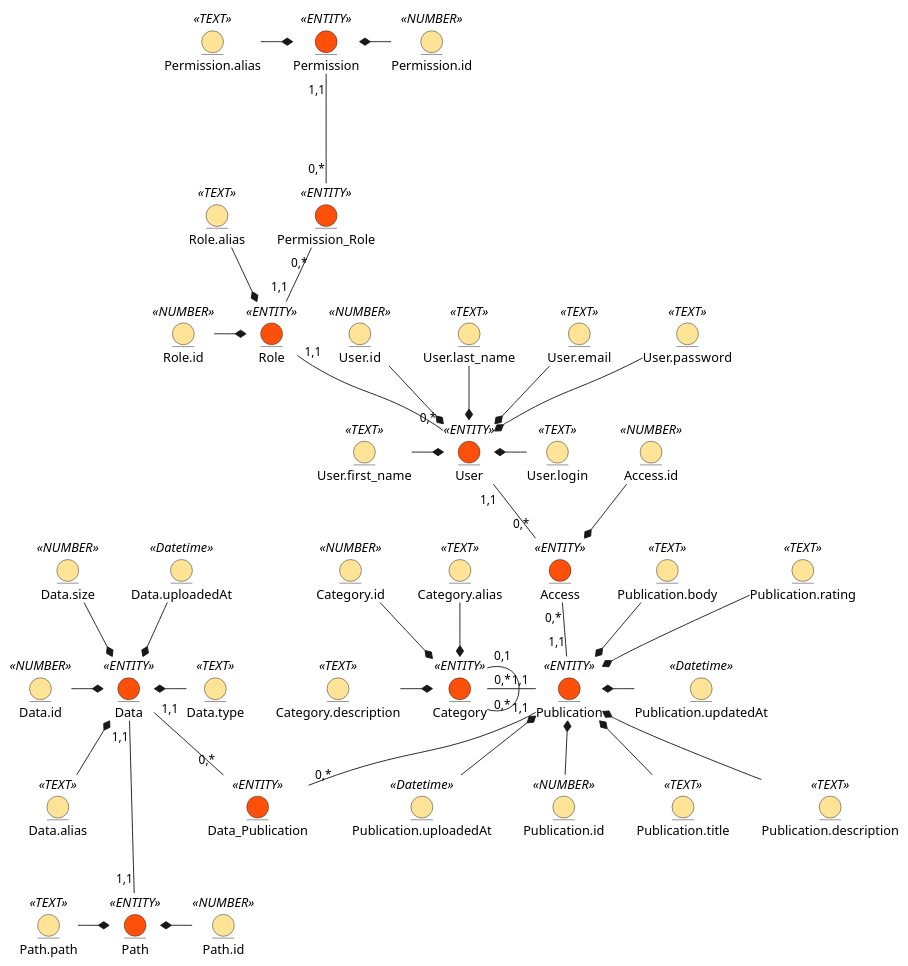
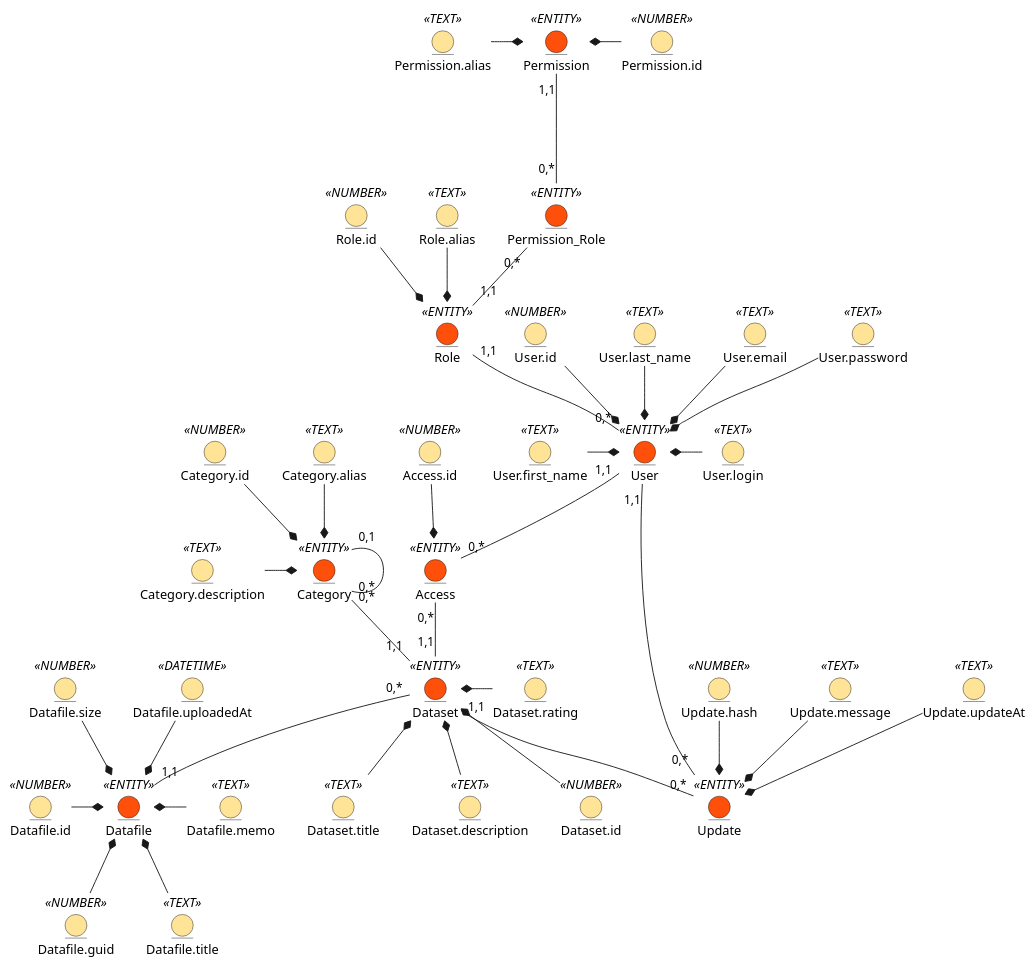
One commit to dimatortik/db-course-theme2 changed the diagram in docs/design/images/BE_model.puml. Above: the diagram before and after it, drawn with PlantUML. The commit also changed other lines of this file and 3 other files, not shown here.

```diff
--- a/docs/design/images/BE_model.puml
+++ b/docs/design/images/BE_model.puml
@@ -8,93 +8,92 @@
 @startuml
 
 
 entity User <<ENTITY>> #fe500a 
 entity User.id <<NUMBER>> #ffe396
 entity User.first_name <<TEXT>> #ffe396
 entity User.last_name <<TEXT>> #ffe396
 entity User.login <<TEXT>> #ffe396
 entity User.email <<TEXT>> #ffe396
 entity User.password <<TEXT>> #ffe396
 User.id --* User
 User.login -l-* User
 User.email --* User
 User.password --* User
 User.first_name -r-* User
 User.last_name --* User
 
 entity Role <<ENTITY>> #fe500a
 entity Role.id <<NUMBER>> #ffe396
 entity Role.alias <<TEXT>> #ffe396
-Role.id -r-* Role
+Role.id -d-* Role
 Role.alias -d-* Role
 
 entity Permission_Role <<ENTITY>> #fe500a
 
 entity Permission <<ENTITY>> #fe500a
 entity Permission.id <<NUMBER>> #ffe396
 entity Permission.alias <<TEXT>> #ffe396
 Permission.id -l-* Permission
 Permission.alias -r-* Permission
 
 entity Access <<ENTITY>> #fe500a
 entity Access.id <<NUMBER>> #ffe396
 Access.id --* Access
 
-entity Publication <<ENTITY>> #fe500a
-entity Publication.id <<NUMBER>> #ffe396
-entity Publication.title <<TEXT>> #ffe396
-entity Publication.description <<TEXT>> #ffe396  
-entity Publication.uploadedAt <<Datetime>> #ffe396
-entity Publication.updatedAt <<Datetime>> #ffe396
-entity Publication.body <<TEXT>> #ffe396
-entity Publication.rating <<TEXT>> #ffe396
-Publication.id -u-* Publication
-Publication.title -u-* Publication
-Publication.description -u-* Publication
-Publication.uploadedAt -u-* Publication
-Publication.updatedAt -l-* Publication
-Publication.body -d-* Publication
-Publication.rating -d-* Publication
+entity Dataset <<ENTITY>> #fe500a
+entity Dataset.id <<NUMBER>> #ffe396
+entity Dataset.title <<TEXT>> #ffe396
+entity Dataset.description <<TEXT>> #ffe396  
+entity Dataset.rating <<TEXT>> #ffe396
+Dataset.id -u-* Dataset
+Dataset.title -u-* Dataset
+Dataset.description -u-* Dataset
+Dataset.rating -l-* Dataset
 
-entity Data_Publication <<ENTITY>> #fe500a
 
-entity Path <<ENTITY>> #fe500a
-entity Path.id <<NUMBER>> #ffe396
-entity Path.path <<TEXT>> #ffe396
-Path.id -l-* Path
-Path.path -r-* Path
+entity Datafile <<ENTITY>> #fe500a
+entity Datafile.id <<NUMBER>> #ffe396
+entity Datafile.guid <<NUMBER>> #ffe396
+entity Datafile.title <<TEXT>> #ffe396
+entity Datafile.memo <<TEXT>> #ffe396
+entity Datafile.size <<NUMBER>> #ffe396
+entity Datafile.uploadedAt <<DATETIME>> #ffe396
+Datafile.id -r-* Datafile
+Datafile.guid -u-* Datafile
+Datafile.title -u-* Datafile
+Datafile.memo -l-* Datafile
+Datafile.size -d-* Datafile
+Datafile.uploadedAt -d-* Datafile
 
-entity Data <<ENTITY>> #fe500a
-entity Data.id <<NUMBER>> #ffe396
-entity Data.alias <<TEXT>> #ffe396
-entity Data.type <<TEXT>> #ffe396
-entity Data.size <<NUMBER>> #ffe396
-entity Data.uploadedAt <<Datetime>> #ffe396
-Data.id -r-* Data
-Data.alias -u-* Data
-Data.type -l-* Data
-Data.size -d-* Data
-Data.uploadedAt -d-* Data
 
 entity Category <<ENTITY>> #fe500a
 entity Category.id <<NUMBER>> #ffe396
 entity Category.alias <<TEXT>> #ffe396
 entity Category.description <<TEXT>> #ffe396
 Category.id --* Category
 Category.alias --* Category
 Category.description -r-* Category
 
+entity Update <<ENTITY>> #fe500a
+entity Update.hash <<NUMBER>> #ffe396
+entity Update.message <<TEXT>> #ffe396
+entity Update.updateAt <<TEXT>> #ffe396
+Update.hash --* Update
+Update.message --* Update
+Update.updateAt --* Update
+
 
 User "0,*"-u-"1,1" Role
 Permission_Role "0,*"--"1,1" Role
 Permission "1,1"---"0,*" Permission_Role
 User "1,1"-d-"0,*" Access
-Access "0,*"-d-"1,1" Publication
+Access "0,*"-d-"1,1" Dataset
 Category "0,1"---"0,*" Category
-Category "0,*"-r-"1,1" Publication
-Data_Publication "0,*"-u-"1,1" Data
-Data_Publication "0,*"-u-"1,1" Publication
-Data "1,1"---"1,1" Path
+Category "0,*"--"1,1" Dataset
+Dataset "0,*"--"1,1" Datafile
+Dataset "1,1"--"0,*" Update
+Update "0,*"--"1,1" User
+
 
 
 @enduml
```
